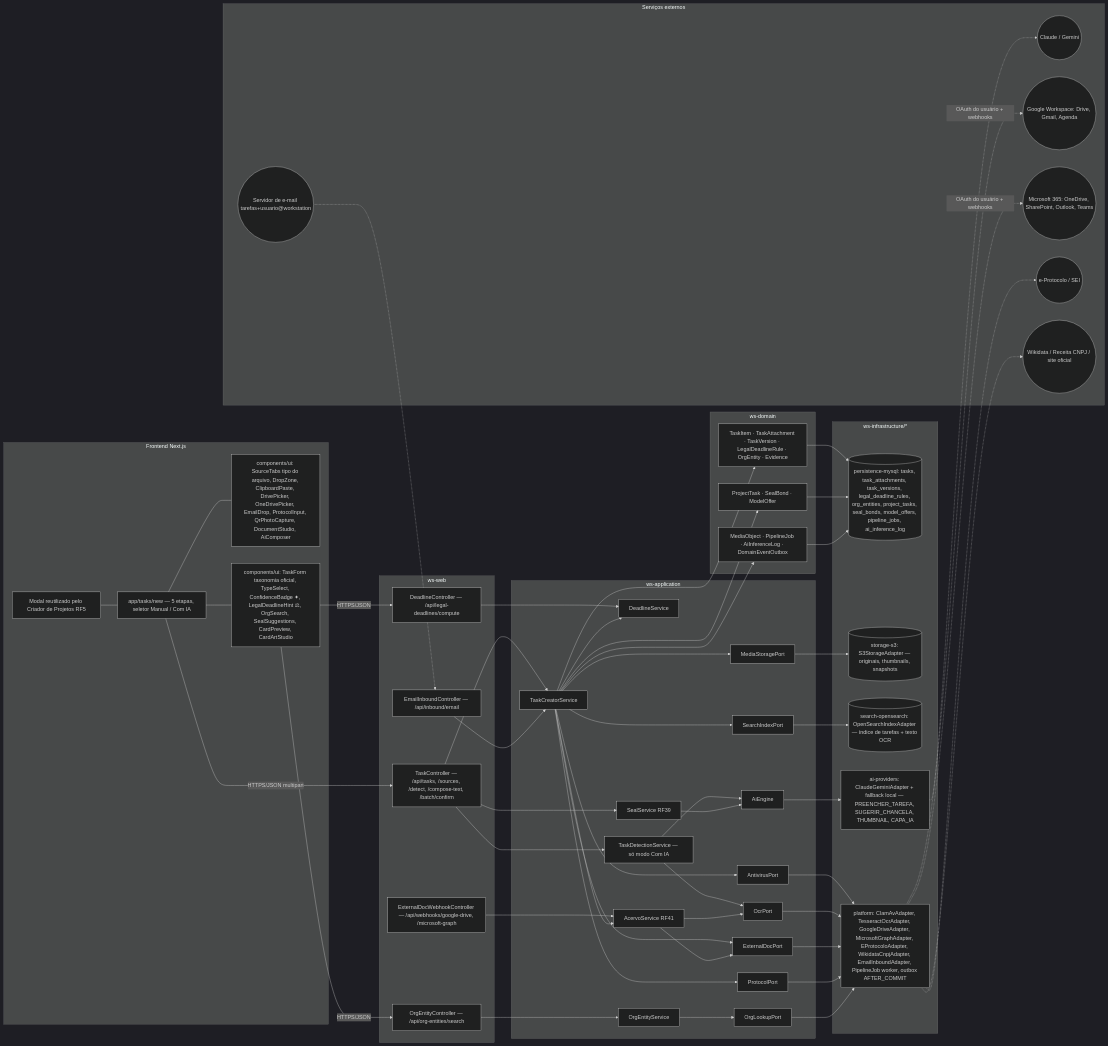
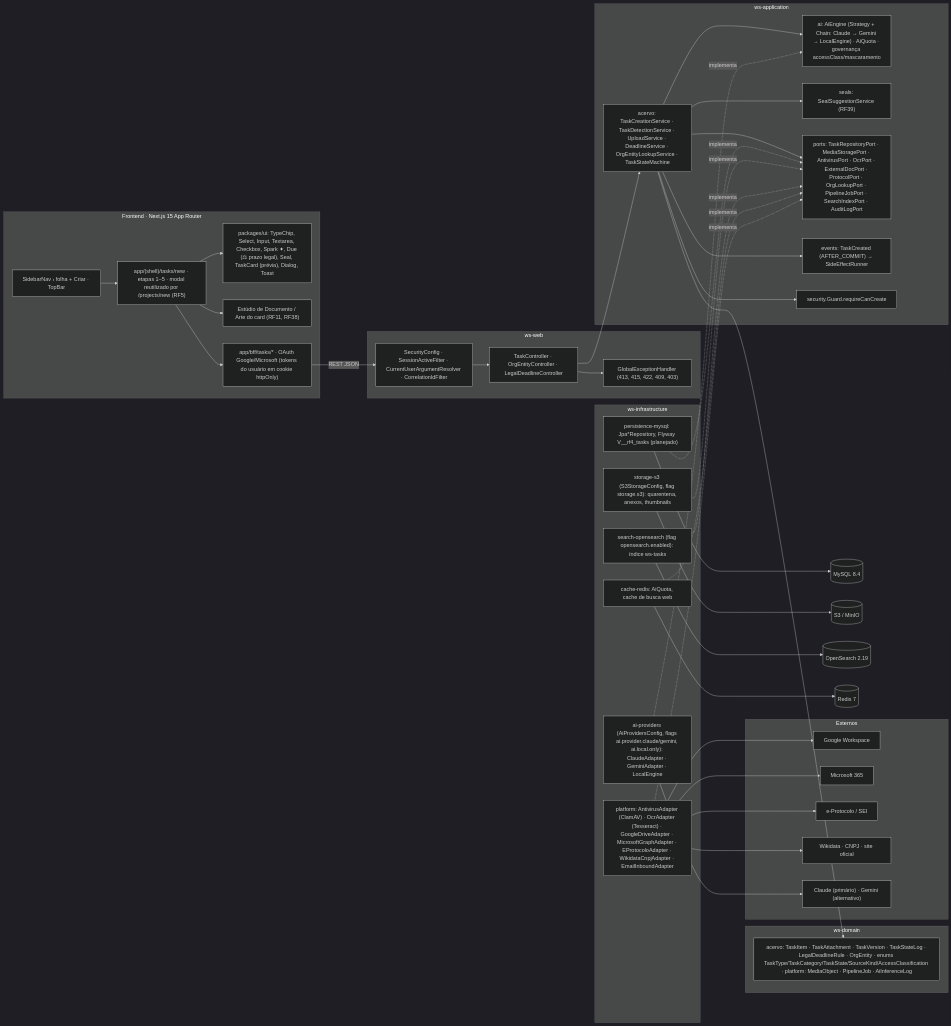
One commit to MatheusHaliski/Decia-app-2026 changed the fifth of 5 diagrams in docs/diagramas/RF4/README.md. Above: the diagram before and after it, drawn with Mermaid (dark theme). The commit also changed other lines of this file and 5 other files, not shown here.

First line of the commit message:
docs(diagramas): reescreve RF1–RF5 (5 diagramas Mermaid + rastreabilidade) e cria _tools/checar.py

````diff
--- a/docs/diagramas/RF4/README.md
+++ b/docs/diagramas/RF4/README.md
@@ -754,104 +563,69 @@
 ```mermaid
 flowchart LR
-  subgraph FE["Frontend Next.js"]
-    F1["app/tasks/new — 5 etapas, seletor Manual / Com IA"]
-    F2["components/ui: SourceTabs tipo do arquivo, DropZone, ClipboardPaste, DrivePicker, OneDrivePicker, EmailDrop, ProtocolInput, QrPhotoCapture, DocumentStudio, AiComposer"]
-    F3["components/ui: TaskForm taxonomia oficial, TypeSelect, ConfidenceBadge ✦, LegalDeadlineHint ⚖, OrgSearch, SealSuggestions, CardPreview, CardArtStudio"]
-    F4["Modal reutilizado pelo Criador de Projetos RF5"]
+  subgraph FE["Frontend · Next.js 15 App Router"]
+    PG["app/(shell)/tasks/new · etapas 1–5 · modal reutilizado por /projects/new (RF5)"]
+    UI["packages/ui: TypeChip, Select, Input, Textarea, Checkbox, Spark ✦, Due (⚖ prazo legal), Seal, TaskCard (prévia), Dialog, Toast"]
+    SN["SidebarNav › folha + Criar · TopBar"]
+    ST["Estúdio de Documento / Arte do card (RF11, RF38)"]
+    BFF["app/bff/tasks/* · OAuth Google/Microsoft (tokens do usuário em cookie httpOnly)"]
+    PG --> UI
+    PG --> ST
+    PG --> BFF
+    SN --> PG
+  end
+  subgraph WSWEB["ws-web"]
+    SEC["SecurityConfig · SessionActiveFilter · CurrentUserArgumentResolver · CorrelationIdFilter"]
+    TC["TaskController · OrgEntityController · LegalDeadlineController"]
+    GEH["GlobalExceptionHandler (413, 415, 422, 409, 403)"]
+  end
+  subgraph WSAPP["ws-application"]
+    AC["acervo: TaskCreationService · TaskDetectionService · UploadService · DeadlineService · OrgEntityLookupService · TaskStateMachine"]
+    AIE["ai: AiEngine (Strategy + Chain: Claude → Gemini → LocalEngine) · AiQuota · governança accessClass/mascaramento"]
+    SEAL["seals: SealSuggestionService (RF39)"]
+    PORTS["ports: TaskRepositoryPort · MediaStoragePort · AntivirusPort · OcrPort · ExternalDocPort · ProtocolPort · OrgLookupPort · PipelineJobPort · SearchIndexPort · AuditLogPort"]
+    EVT["events: TaskCreated (AFTER_COMMIT) → SideEffectRunner"]
+    GD["security.Guard.requireCanCreate"]
+    AC --> PORTS
+    AC --> AIE
+    AC --> SEAL
+    AC --> EVT
+    AC --> GD
+  end
+  subgraph WSDOM["ws-domain"]
+    DOM["acervo: TaskItem · TaskAttachment · TaskVersion · TaskStateLog · LegalDeadlineRule · OrgEntity · enums TaskType/TaskCategory/TaskState/SourceKind/AccessClassification · platform: MediaObject · PipelineJob · AiInferenceLog"]
+  end
+  subgraph INFRA["ws-infrastructure"]
+    MY["persistence-mysql: Jpa*Repository, Flyway V__rf4_tasks (planejado)"]
+    S3["storage-s3 (S3StorageConfig, flag storage.s3): quarentena, anexos, thumbnails"]
+    OSE["search-opensearch (flag opensearch.enabled): índice ws-tasks"]
+    RDS["cache-redis: AiQuota, cache de busca web"]
+    AIP["ai-providers (AiProvidersConfig, flags ai.provider.claude/gemini, ai.local.only): ClaudeAdapter · GeminiAdapter · LocalEngine"]
+    PLT["platform: AntivirusAdapter (ClamAV) · OcrAdapter (Tesseract) · GoogleDriveAdapter · MicrosoftGraphAdapter · EProtocoloAdapter · WikidataCnpjAdapter · EmailInboundAdapter"]
+  end
+  subgraph EXT["Externos"]
+    GW["Google Workspace"]
+    M365["Microsoft 365"]
+    EP["e-Protocolo / SEI"]
+    WD["Wikidata · CNPJ · site oficial"]
+    CL["Claude (primário) · Gemini (alternativo)"]
   end
 
-  subgraph WEB["ws-web"]
-    C1["TaskController — /api/tasks, /sources, /detect, /compose-text, /batch/confirm"]
-    C2["DeadlineController — /api/legal-deadlines/compute"]
-    C3["OrgEntityController — /api/org-entities/search"]
-    C4["ExternalDocWebhookController — /api/webhooks/google-drive, /microsoft-graph"]
-    C5["EmailInboundController — /api/inbound/email"]
-  end
-
-  subgraph APP["ws-application"]
-    S1["TaskCreatorService"]
-    S2["TaskDetectionService — só modo Com IA"]
-    S3["DeadlineService"]
-    S4["AcervoService RF41"]
-    S5["OrgEntityService"]
-    S6["SealService RF39"]
-    S7["AiEngine"]
-    P1["MediaStoragePort"]
-    P2["AntivirusPort"]
-    P3["OcrPort"]
-    P4["ExternalDocPort"]
-    P5["ProtocolPort"]
-    P6["OrgLookupPort"]
-    P7["SearchIndexPort"]
-  end
-
-  subgraph DOM["ws-domain"]
-    D1["TaskItem · TaskAttachment · TaskVersion · LegalDeadlineRule · OrgEntity · Evidence"]
-    D2["ProjectTask · SealBond · ModelOffer"]
-    D3["MediaObject · PipelineJob · AiInferenceLog · DomainEventOutbox"]
-  end
-
-  subgraph INFRA["ws-infrastructure/*"]
-    I1[("persistence-mysql: tasks, task_attachments, task_versions, legal_deadline_rules, org_entities, project_tasks, seal_bonds, model_offers, pipeline_jobs, ai_inference_log")]
-    I2[("storage-s3: S3StorageAdapter — originais, thumbnails, snapshots")]
-    I3[("search-opensearch: OpenSearchIndexAdapter — índice de tarefas + texto OCR")]
-    I4["ai-providers: ClaudeGeminiAdapter + fallback local — PREENCHER_TAREFA, SUGERIR_CHANCELA, THUMBNAIL, CAPA_IA"]
-    I5["platform: ClamAvAdapter, TesseractOcrAdapter, GoogleDriveAdapter, MicrosoftGraphAdapter, EProtocoloAdapter, WikidataCnpjAdapter, EmailInboundAdapter, PipelineJob worker, outbox AFTER_COMMIT"]
-  end
-
-  subgraph EXT["Serviços externos"]
-    E1(("Claude / Gemini"))
-    E2(("Google Workspace: Drive, Gmail, Agenda"))
-    E3(("Microsoft 365: OneDrive, SharePoint, Outlook, Teams"))
-    E4(("e-Protocolo / SEI"))
-    E5(("Wikidata / Receita CNPJ / site oficial"))
-    E6(("Servidor de e-mail tarefas+usuario@workstation"))
-  end
-
-  F1 --- F2
-  F1 --- F3
-  F4 --- F1
-  F1 -->|"HTTPS/JSON multipart"| C1
-  F3 -->|"HTTPS/JSON"| C2
-  F3 -->|"HTTPS/JSON"| C3
-  C1 --> S1
-  C1 --> S2
-  C1 --> S6
-  C2 --> S3
-  C3 --> S5
-  C4 --> S4
-  C5 --> S1
-  S1 --> S3
-  S1 --> S4
-  S1 --> P1
-  S1 --> P2
-  S1 --> P4
-  S1 --> P5
-  S1 --> P7
-  S2 --> S7
-  S2 --> P3
-  S4 --> P4
-  S4 --> P3
-  S5 --> P6
-  S6 --> S7
-  S1 --> D1
-  S1 --> D2
-  S1 --> D3
-  D1 --> I1
-  D2 --> I1
-  D3 --> I1
-  P1 --> I2
-  P7 --> I3
-  S7 --> I4
-  P2 --> I5
-  P3 --> I5
-  P4 --> I5
-  P5 --> I5
-  P6 --> I5
-  I4 -.-> E1
-  I5 -.->|"OAuth do usuário + webhooks"| E2
-  I5 -.->|"OAuth do usuário + webhooks"| E3
-  I5 -.-> E4
-  I5 -.-> E5
-  E6 -.-> C5
+  BFF -->|"REST JSON"| SEC --> TC --> AC
+  TC --> GEH
+  MY -.implementa.-> PORTS
+  S3 -.implementa.-> PORTS
+  OSE -.implementa.-> PORTS
+  RDS -.implementa.-> PORTS
+  AIP -.implementa.-> AIE
+  PLT -.implementa.-> PORTS
+  AC --> DOM
+  PLT --> GW
+  PLT --> M365
+  PLT --> EP
+  PLT --> WD
+  AIP --> CL
+  MY --> DB[("MySQL 8.4")]
+  S3 --> MINIO[("S3 / MinIO")]
+  OSE --> OSX[("OpenSearch 2.19")]
+  RDS --> RD[("Redis 7")]
 ```
````
